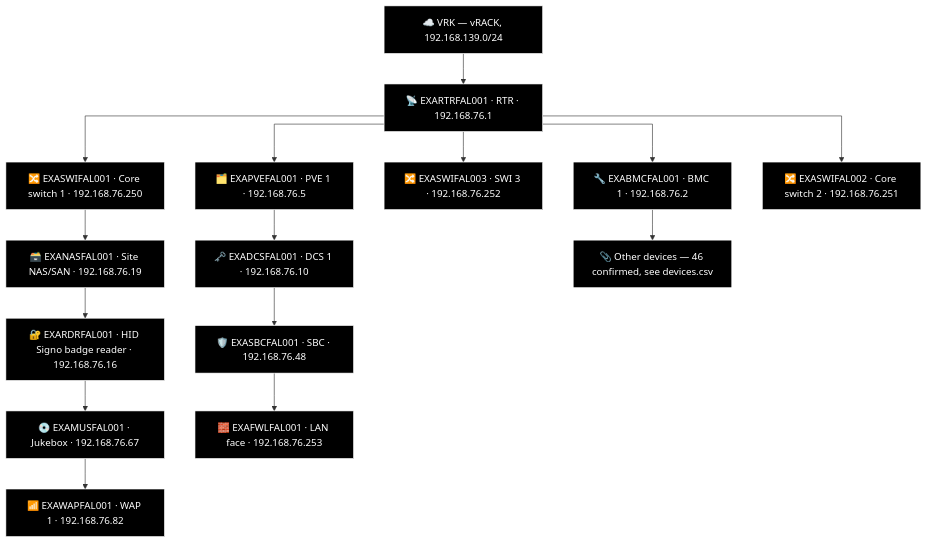
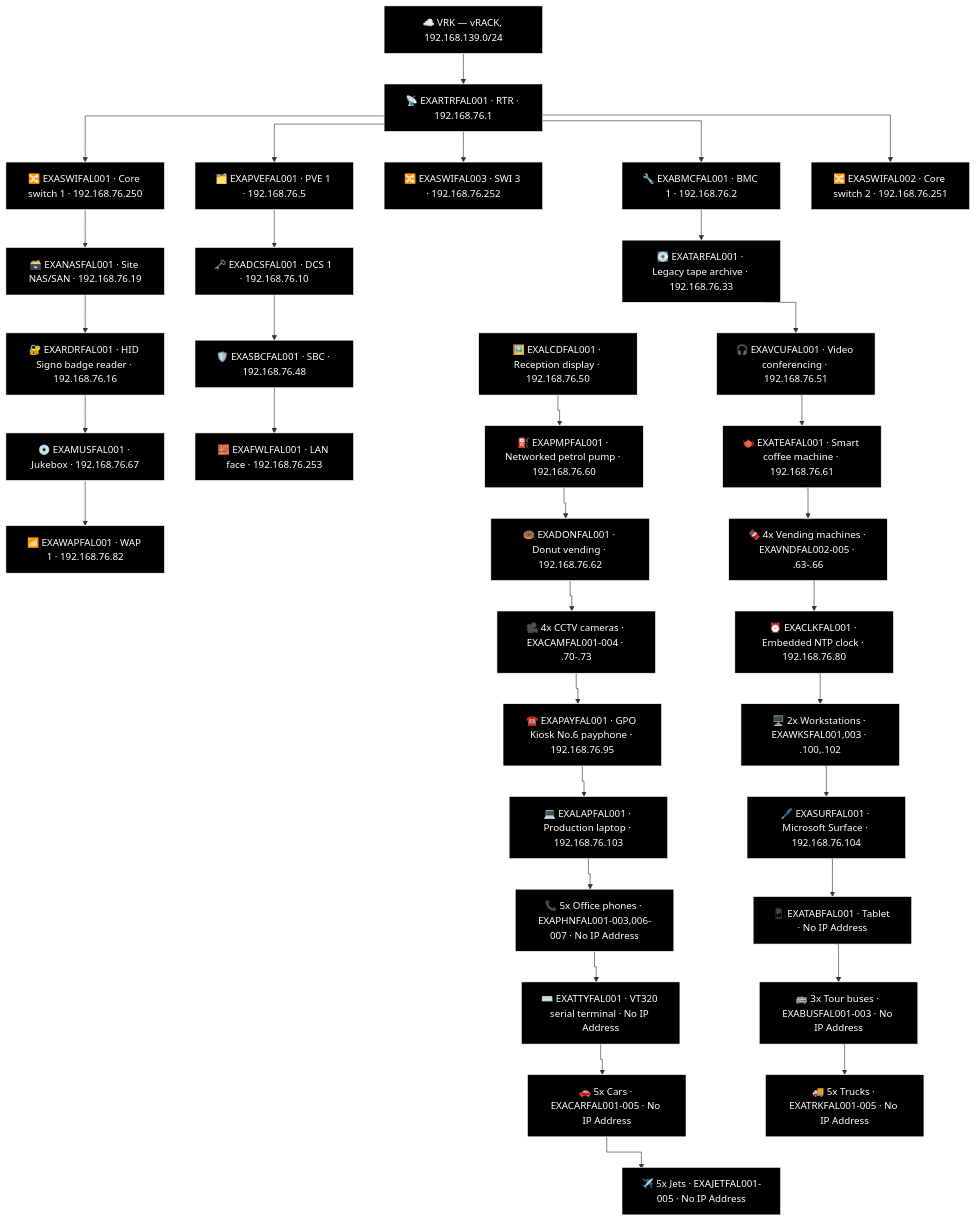
The second of 14 diagrams in docs/network-diagram/scotland.md (knightmare2600/example_music_infra), drawn with Mermaid before and after one commit.

Commit message:
docs/network-diagram/scotland.md: hand-prototype two-column "other devices" layout for FAL
Replaces the single collapsed "Other devices -- 46 confirmed" node with
20 individual boxes (one per curveball/novelty + endpoint type -- CAR,
TRK, JET, BUS, PHN, VND, CAM, PMP, DON, TEA, CLK, PAY, WKS, LAP, SUR,
TAB, TTY, TAR, LCD, VCU), grouped by count where a type has multiple real
instances (e.g. "5x Cars"), laid out in two columns to avoid one 46-row
list.

Two columns via chained real edges within each column (T_OTH1-->T_OTH3
-->...odd column, T_OTH2-->T_OTH4-->...even column) plus invisible ~~~
rank-hint edges pairing each row, per Robert's ASCII sketch.

Hand-built only, not yet wired into generate_network_diagrams.py -- so
check_generated_freshness.py will show FAL as drifted from a fresh
regeneration until this is either reverted or generalised into the
generator. Also not visually verified: kroki.io is unreachable from this
sandbox and no local mermaid renderer is available, so the two-column
~~~ rank-hint technique (untested elsewhere in this codebase) needs a
real render check before being trusted or generalised.

````diff
--- a/docs/network-diagram/scotland.md
+++ b/docs/network-diagram/scotland.md
@@ -130,8 +130,39 @@
     T_SBC["🛡️ EXASBCFAL001 · SBC · 192.168.76.48"]
     T_FWL["🧱 EXAFWLFAL001 · LAN face · 192.168.76.253"]
     T_PVE --> T_DCS --> T_SBC --> T_FWL
-    T_OTHER["📎 Other devices — 46 confirmed, see devices.csv"]
-    T_BMC --> T_OTHER
+    T_OTH1["💽 EXATARFAL001 · Legacy tape archive · 192.168.76.33"]
+    T_OTH2["🖼️ EXALCDFAL001 · Reception display · 192.168.76.50"]
+    T_OTH3["🎧 EXAVCUFAL001 · Video conferencing · 192.168.76.51"]
+    T_OTH4["⛽ EXAPMPFAL001 · Networked petrol pump · 192.168.76.60"]
+    T_OTH5["🫖 EXATEAFAL001 · Smart coffee machine · 192.168.76.61"]
+    T_OTH6["🍩 EXADONFAL001 · Donut vending · 192.168.76.62"]
+    T_OTH7["🍫 4x Vending machines · EXAVNDFAL002-005 · .63-.66"]
+    T_OTH8["🎥 4x CCTV cameras · EXACAMFAL001-004 · .70-.73"]
+    T_OTH9["⏰ EXACLKFAL001 · Embedded NTP clock · 192.168.76.80"]
+    T_OTH10["☎️ EXAPAYFAL001 · GPO Kiosk No.6 payphone · 192.168.76.95"]
+    T_OTH11["🖥️ 2x Workstations · EXAWKSFAL001,003 · .100,.102"]
+    T_OTH12["💻 EXALAPFAL001 · Production laptop · 192.168.76.103"]
+    T_OTH13["🖊️ EXASURFAL001 · Microsoft Surface · 192.168.76.104"]
+    T_OTH14["📞 5x Office phones · EXAPHNFAL001-003,006-007 · No IP Address"]
+    T_OTH15["📱 EXATABFAL001 · Tablet · No IP Address"]
+    T_OTH16["⌨️ EXATTYFAL001 · VT320 serial terminal · No IP Address"]
+    T_OTH17["🚌 3x Tour buses · EXABUSFAL001-003 · No IP Address"]
+    T_OTH18["🚗 5x Cars · EXACARFAL001-005 · No IP Address"]
+    T_OTH19["🚚 5x Trucks · EXATRKFAL001-005 · No IP Address"]
+    T_OTH20["✈️ 5x Jets · EXAJETFAL001-005 · No IP Address"]
+    T_BMC --> T_OTH1
+    T_OTH1 --> T_OTH3 --> T_OTH5 --> T_OTH7 --> T_OTH9 --> T_OTH11 --> T_OTH13 --> T_OTH15 --> T_OTH17 --> T_OTH19
+    T_OTH2 --> T_OTH4 --> T_OTH6 --> T_OTH8 --> T_OTH10 --> T_OTH12 --> T_OTH14 --> T_OTH16 --> T_OTH18 --> T_OTH20
+    T_OTH1 ~~~ T_OTH2
+    T_OTH3 ~~~ T_OTH4
+    T_OTH5 ~~~ T_OTH6
+    T_OTH7 ~~~ T_OTH8
+    T_OTH9 ~~~ T_OTH10
+    T_OTH11 ~~~ T_OTH12
+    T_OTH13 ~~~ T_OTH14
+    T_OTH15 ~~~ T_OTH16
+    T_OTH17 ~~~ T_OTH18
+    T_OTH19 ~~~ T_OTH20
     style T_VRK fill:#000000,stroke:#FFFFFF,color:#FFFFFF
     style T_RTR fill:#000000,stroke:#FFFFFF,color:#FFFFFF
     style T_BMC fill:#000000,stroke:#FFFFFF,color:#FFFFFF
@@ -146,6 +177,25 @@
     style T_DCS fill:#000000,stroke:#FFFFFF,color:#FFFFFF
     style T_SBC fill:#000000,stroke:#FFFFFF,color:#FFFFFF
     style T_FWL fill:#000000,stroke:#FFFFFF,color:#FFFFFF
-    style T_OTHER fill:#000000,stroke:#FFFFFF,color:#FFFFFF
+    style T_OTH1 fill:#000000,stroke:#FFFFFF,color:#FFFFFF
+    style T_OTH2 fill:#000000,stroke:#FFFFFF,color:#FFFFFF
+    style T_OTH3 fill:#000000,stroke:#FFFFFF,color:#FFFFFF
+    style T_OTH4 fill:#000000,stroke:#FFFFFF,color:#FFFFFF
+    style T_OTH5 fill:#000000,stroke:#FFFFFF,color:#FFFFFF
+    style T_OTH6 fill:#000000,stroke:#FFFFFF,color:#FFFFFF
+    style T_OTH7 fill:#000000,stroke:#FFFFFF,color:#FFFFFF
+    style T_OTH8 fill:#000000,stroke:#FFFFFF,color:#FFFFFF
+    style T_OTH9 fill:#000000,stroke:#FFFFFF,color:#FFFFFF
+    style T_OTH10 fill:#000000,stroke:#FFFFFF,color:#FFFFFF
+    style T_OTH11 fill:#000000,stroke:#FFFFFF,color:#FFFFFF
+    style T_OTH12 fill:#000000,stroke:#FFFFFF,color:#FFFFFF
+    style T_OTH13 fill:#000000,stroke:#FFFFFF,color:#FFFFFF
+    style T_OTH14 fill:#000000,stroke:#FFFFFF,color:#FFFFFF
+    style T_OTH15 fill:#000000,stroke:#FFFFFF,color:#FFFFFF
+    style T_OTH16 fill:#000000,stroke:#FFFFFF,color:#FFFFFF
+    style T_OTH17 fill:#000000,stroke:#FFFFFF,color:#FFFFFF
+    style T_OTH18 fill:#000000,stroke:#FFFFFF,color:#FFFFFF
+    style T_OTH19 fill:#000000,stroke:#FFFFFF,color:#FFFFFF
+    style T_OTH20 fill:#000000,stroke:#FFFFFF,color:#FFFFFF
 %% GENERATED:TOPOLOGY:FAL:END
 ```
````
